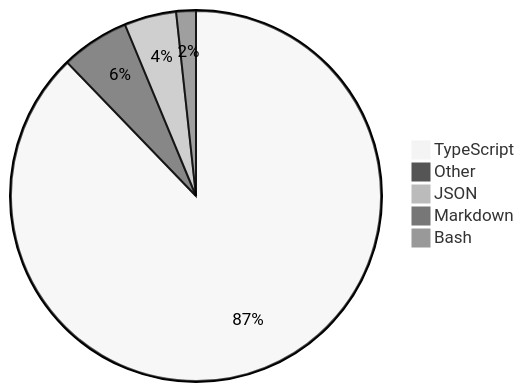
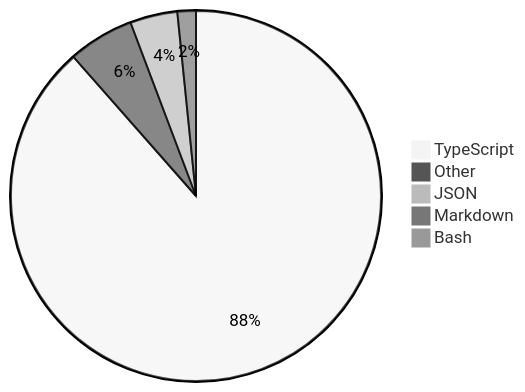
Before and after one commit to skvggor/skvggor: the diagram in README.md, drawn with Mermaid (neutral theme).

Commit message:
Updated waka-readme graph with new metrics

````diff
--- a/README.md
+++ b/README.md
@@ -28,8 +28,8 @@
 ```mermaid
 pie
-    "TypeScript" : 87.0
-    "Other" : 5.9
-    "JSON" : 4.5
-    "Markdown" : 1.7
-    "Bash" : 0.9
+    "TypeScript" : 87.8
+    "Other" : 5.7
+    "JSON" : 4.1
+    "Markdown" : 1.6
+    "Bash" : 0.8
 ```
````
